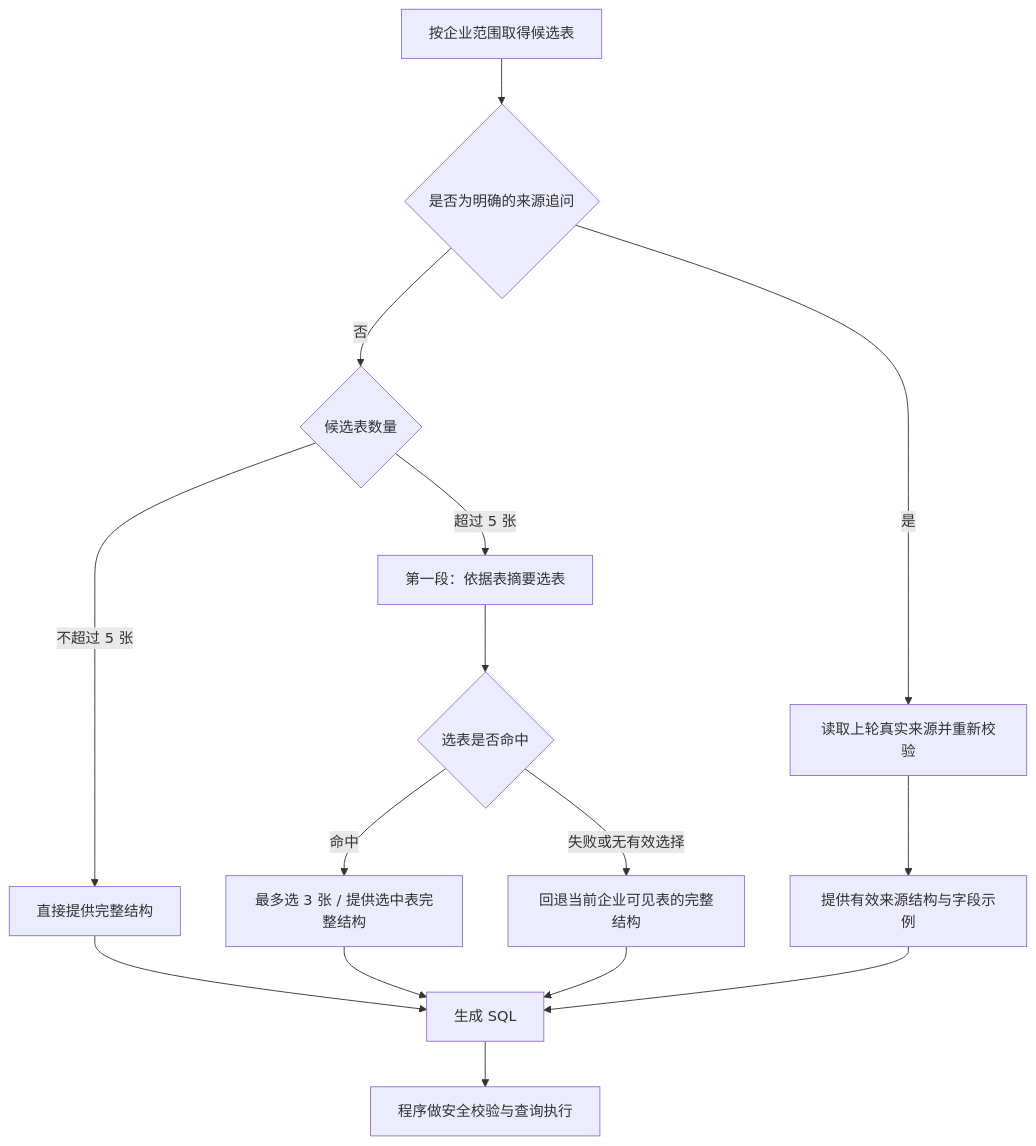
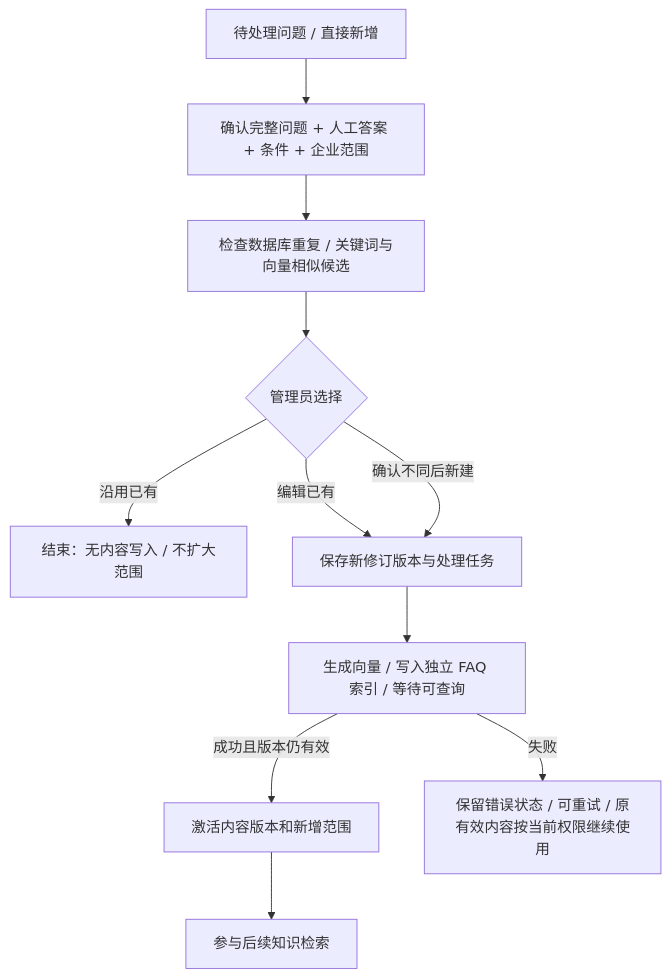
The sixth of 7 diagrams in README.md (Yancyxiao/MES-MOM), drawn with Mermaid before and after one commit. The commit also changed other lines of this file and 6 other files, not shown here.

Commit message:
Refresh project showcase with current architecture and FAQ workflows

````diff
--- a/README.md
+++ b/README.md
@@ -225,17 +320,13 @@
 ```mermaid
 flowchart TD
-    A[按企业范围取得候选表] --> B{是否为明确的来源追问}
-    B -->|是| C[读取上轮真实来源并重新校验]
-    B -->|否| D{候选表数量}
-    D -->|不超过 5 张| E[直接提供完整结构]
-    D -->|超过 5 张| F[第一段：依据表摘要选表]
-    F --> G{选表是否命中}
-    G -->|命中| H[最多选 3 张 / 提供选中表完整结构]
-    G -->|失败或无有效选择| I[回退当前企业可见表的完整结构]
-    C --> J[提供有效来源结构与字段示例]
-    E --> K[生成 SQL]
-    H --> K
-    I --> K
-    J --> K
-    K --> L[程序做安全校验与查询执行]
+    A["待处理问题 / 直接新增"] --> B["确认完整问题 + 人工答案 + 条件 + 企业范围"]
+    B --> C["检查数据库重复 / 关键词与向量相似候选"]
+    C --> D{"管理员选择"}
+    D -->|沿用已有| E["结束：无内容写入 / 不扩大范围"]
+    D -->|编辑已有| F["保存新修订版本与处理任务"]
+    D -->|确认不同后新建| F
+    F --> G["生成向量 / 写入独立 FAQ 索引 / 等待可查询"]
+    G -->|成功且版本仍有效| H["激活内容版本和新增范围"]
+    G -->|失败| I["保留错误状态 / 可重试 / 原有效内容按当前权限继续使用"]
+    H --> J["参与后续知识检索"]
 ```
````
